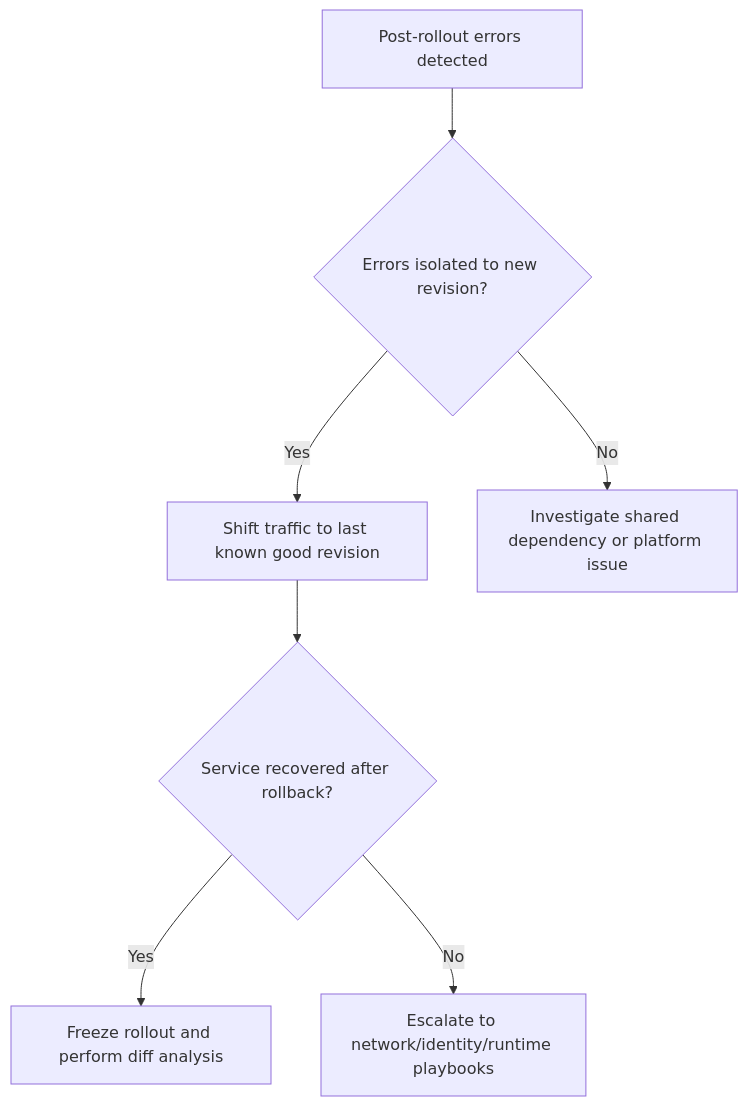
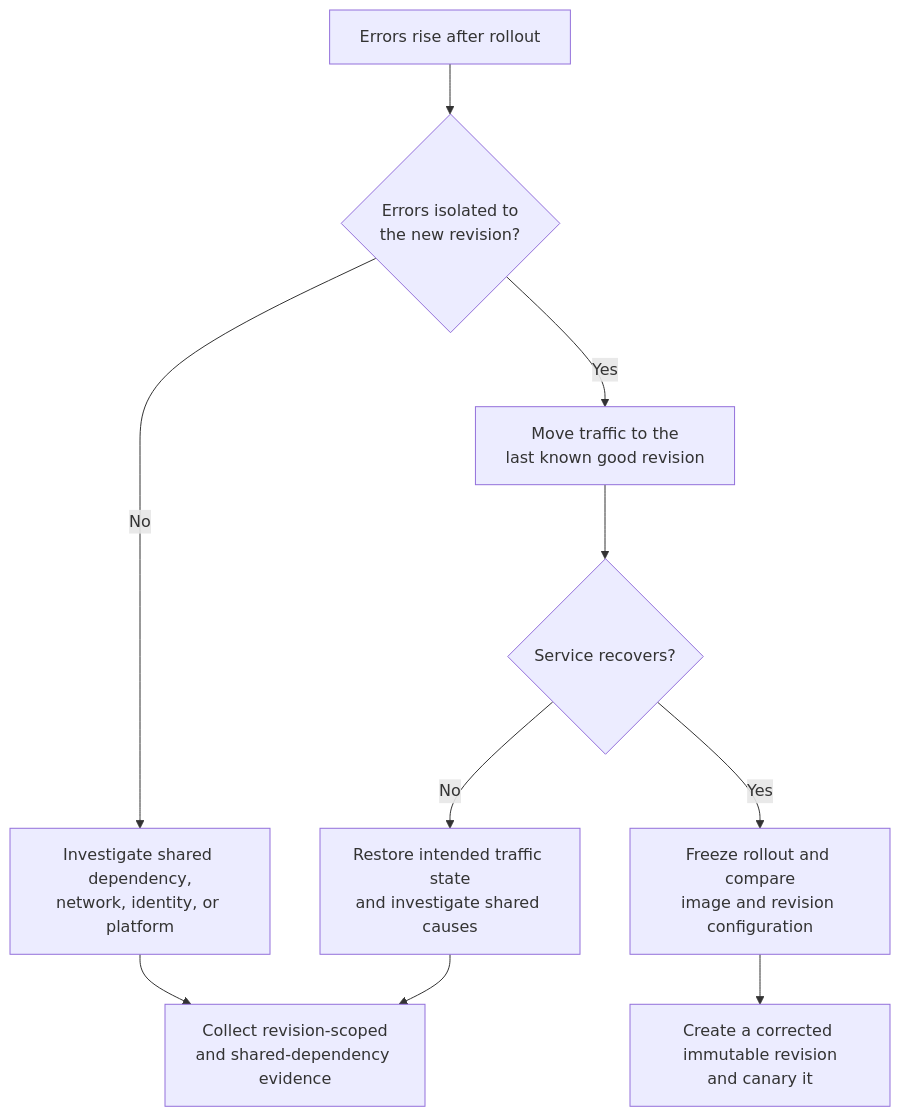
The diagram in docs/troubleshooting/playbooks/platform-features/bad-revision-rollout-and-rollback.md (yeongseon/azure-container-apps-practical-guide), drawn with Mermaid before and after one commit. The commit also changed other lines of this file and 28 other files, not shown here.

Commit message:
docs(diagrams): migrate playbook diagnostic flows (#627)

````diff
--- a/docs/troubleshooting/playbooks/platform-features/bad-revision-rollout-and-rollback.md
+++ b/docs/troubleshooting/playbooks/platform-features/bad-revision-rollout-and-rollback.md
@@ -40,9 +40,15 @@
 ```mermaid
 flowchart TD
-    A[Post-rollout errors detected] --> B{Errors isolated to new revision?}
-    B -->|Yes| C[Shift traffic to last known good revision]
-    B -->|No| D[Investigate shared dependency or platform issue]
-    C --> E{Service recovered after rollback?}
-    E -->|Yes| F[Freeze rollout and perform diff analysis]
-    E -->|No| G[Escalate to network/identity/runtime playbooks]
+    accTitle: Decide whether to roll back a bad revision
+    accDescr: Correlate errors with revision traffic, move traffic to the last known good revision when isolated, and use recovery after rollback to test the revision-specific hypothesis.
+
+    START[Errors rise after rollout] --> CORRELATE{Errors isolated to<br/>the new revision?}
+    CORRELATE -->|No| SHARED[Investigate shared dependency,<br/>network, identity, or platform]
+    CORRELATE -->|Yes| ROLLBACK[Move traffic to the<br/>last known good revision]
+    ROLLBACK --> RECOVER{Service recovers?}
+    RECOVER -->|Yes| FREEZE[Freeze rollout and compare<br/>image and revision configuration]
+    RECOVER -->|No| BROADER[Restore intended traffic state<br/>and investigate shared causes]
+    FREEZE --> FIX[Create a corrected immutable revision<br/>and canary it]
+    SHARED --> EVIDENCE[Collect revision-scoped<br/>and shared-dependency evidence]
+    BROADER --> EVIDENCE
 ```
````
